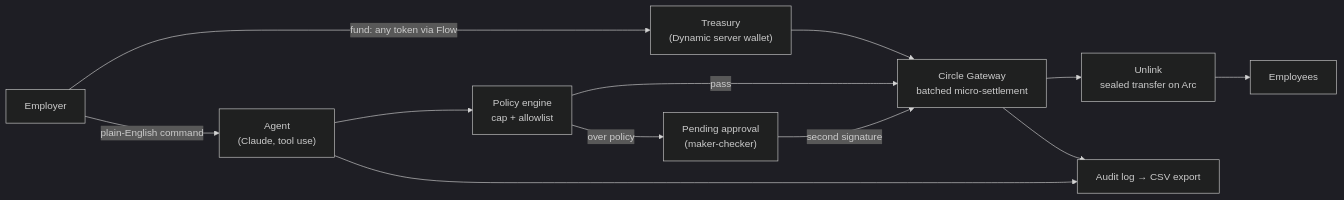
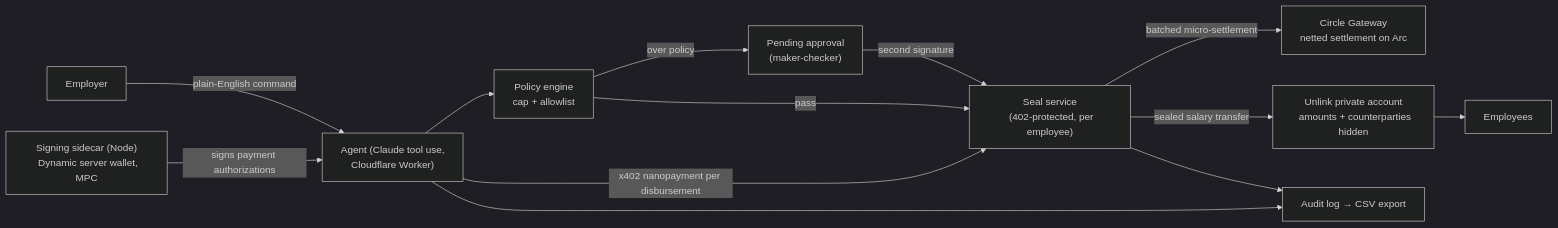
One commit to max-andrew/manila changed the diagram in README.md. Above: the diagram before and after it, drawn with Mermaid (dark theme). The commit also changed other lines of this file and 4 other files, not shown here.

Commit message:
docs: two-leg architecture — sealed value leg (unlink), metered nanopayment leg (gateway)

````diff
--- a/README.md
+++ b/README.md
@@ -12,14 +12,22 @@
 ```mermaid
 flowchart LR
-  Employer -->|fund: any token via Flow| Treasury["Treasury\n(Dynamic server wallet)"]
-  Employer -->|plain-English command| Agent["Agent\n(Claude, tool use)"]
-  Agent --> Policy["Policy engine\ncap + allowlist"]
-  Policy -->|pass| Disburse["Circle Gateway\nbatched micro-settlement"]
-  Policy -->|over policy| Approval["Pending approval\n(maker-checker)"]
-  Approval -->|second signature| Disburse
-  Treasury --> Disburse
-  Disburse --> Unlink["Unlink\nsealed transfer on Arc"]
+  Employer -->|plain-English command| Agent["Agent (Claude tool use,
+  Cloudflare Worker)"]
+  Agent --> Policy["Policy engine
+  cap + allowlist"]
+  Policy -->|over policy| Approval["Pending approval
+  (maker-checker)"]
+  Approval -->|second signature| Seal
+  Policy -->|pass| Seal["Seal service
+  (402-protected, per employee)"]
+  Agent -->|x402 nanopayment per disbursement| Seal
+  Sidecar["Signing sidecar (Node)
+  Dynamic server wallet, MPC"] -->|signs payment authorizations| Agent
+  Seal -->|batched micro-settlement| Gateway["Circle Gateway
+  netted settlement on Arc"]
+  Seal -->|sealed salary transfer| Unlink["Unlink private account
+  amounts + counterparties hidden"]
   Unlink --> Employees
   Agent --> Audit["Audit log → CSV export"]
-  Disburse --> Audit
+  Seal --> Audit
 ```
````
